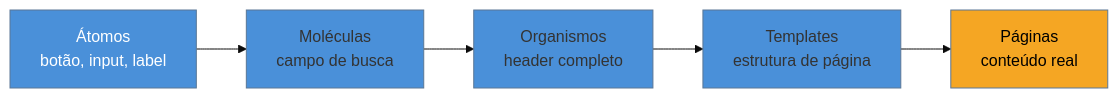
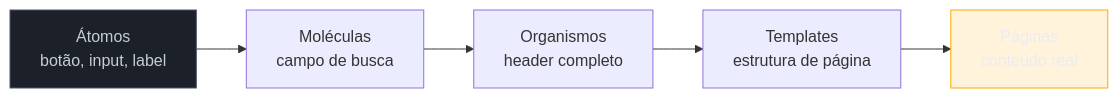
The diagram in 03-Dominios/Engenharia/UX/Linguagem Visual e Design System/30 - Atomic Design - o que ainda vale.md (josenaldo/codex-technomanticus), drawn with Mermaid before and after one commit. The commit also changed 1181 other files, not shown here.

First line of the commit message:
fix(diagramas): paleta do sistema no lugar de cor cravada no markdown

````diff
--- a/03-Dominios/Engenharia/UX/Linguagem Visual e Design System/30 - Atomic Design - o que ainda vale.md
+++ b/03-Dominios/Engenharia/UX/Linguagem Visual e Design System/30 - Atomic Design - o que ainda vale.md
@@ -26,10 +26,11 @@
 ```mermaid
-%%{init: {"theme": "base", "themeVariables": {"primaryColor": "#4A90D9"}}}%%
 graph LR
+    classDef neutro fill:#1B2029,stroke:#4E5666,color:#C6CCD8
+    classDef destaque fill:#FFAA0024,stroke:#FFAA00,color:#E9ECF2
     A["Átomos<br/>botão, input, label"] --> M["Moléculas<br/>campo de busca"]
     M --> O["Organismos<br/>header completo"]
     O --> T["Templates<br/>estrutura de página"]
     T --> P["Páginas<br/>conteúdo real"]
-    style A fill:#4A90D9,color:#fff
-    style P fill:#F5A623,color:#000
+    class A neutro
+    class P destaque
 ```
````
